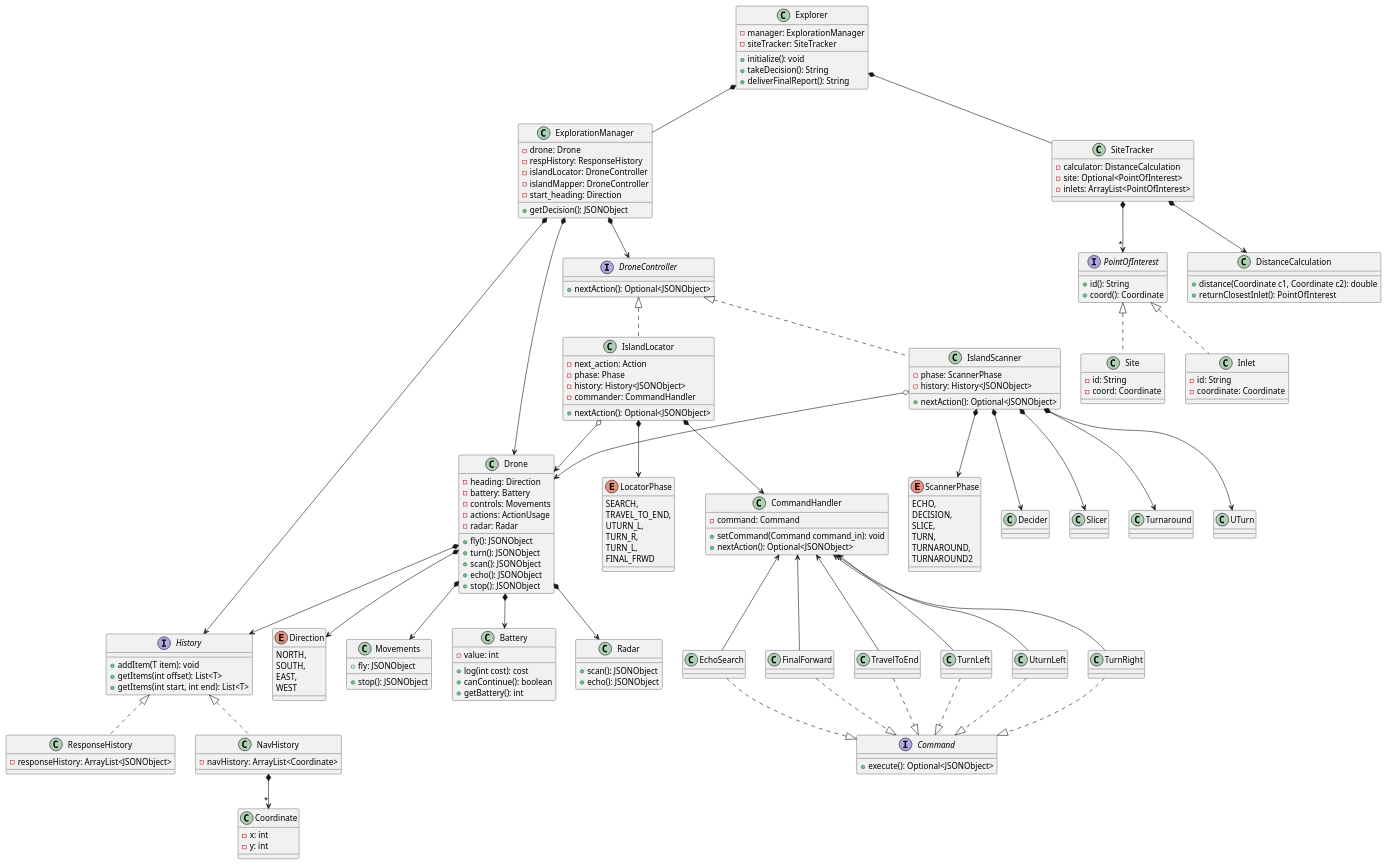
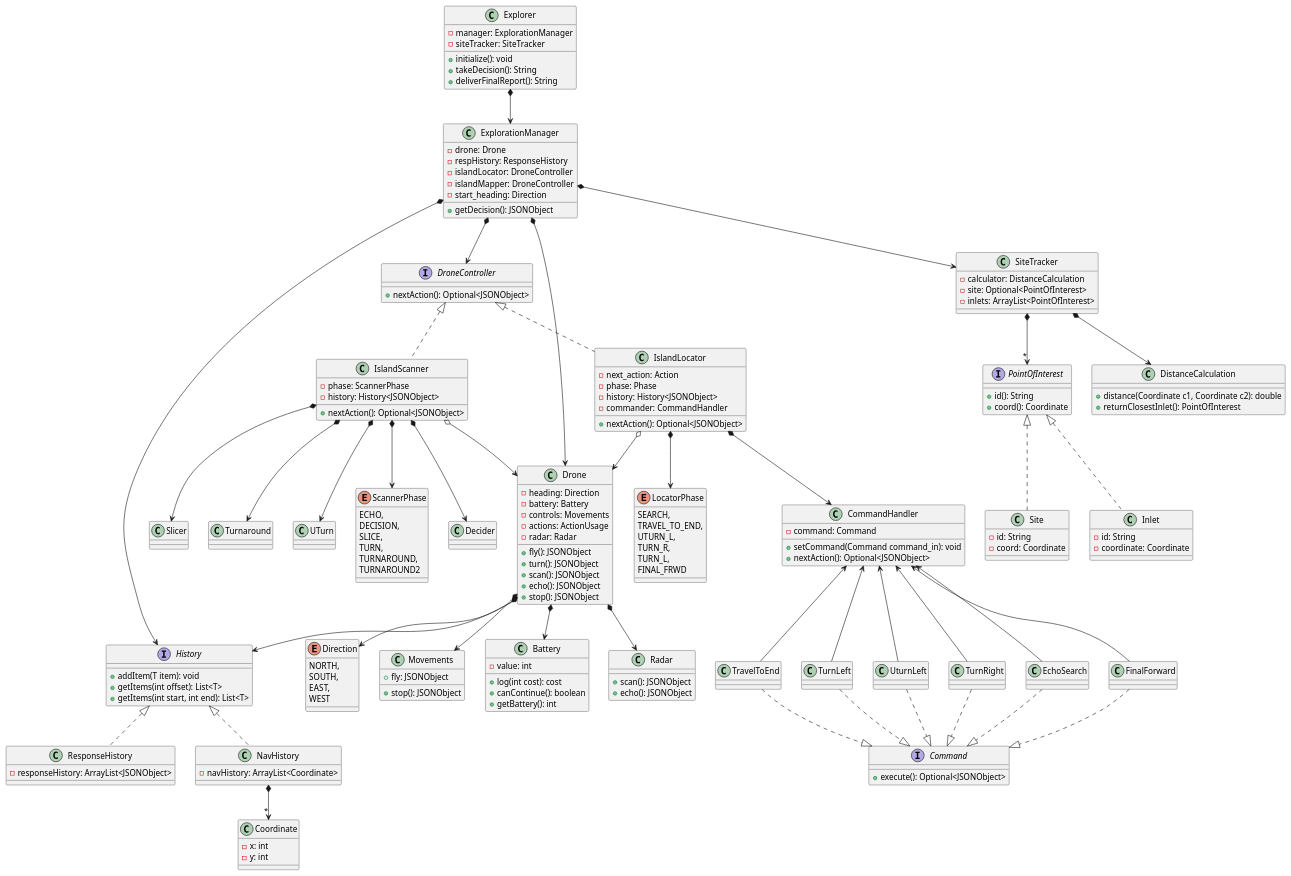
The diagram in uml/ClassUML.wsd (2AA4-W24/a2-rescue-mission-team-103), drawn with PlantUML before and after one commit. The commit also changed 2 other files, not shown here.

```diff
--- a/uml/ClassUML.wsd
+++ b/uml/ClassUML.wsd
@@ -154,8 +154,8 @@
   +nextAction(): Optional<JSONObject>
 }
 
-Explorer *-- ExplorationManager
-Explorer *-- SiteTracker
+Explorer *--> ExplorationManager
+ExplorationManager *--> SiteTracker
 
 ExplorationManager *--> DroneController
 ExplorationManager *--> History
```
